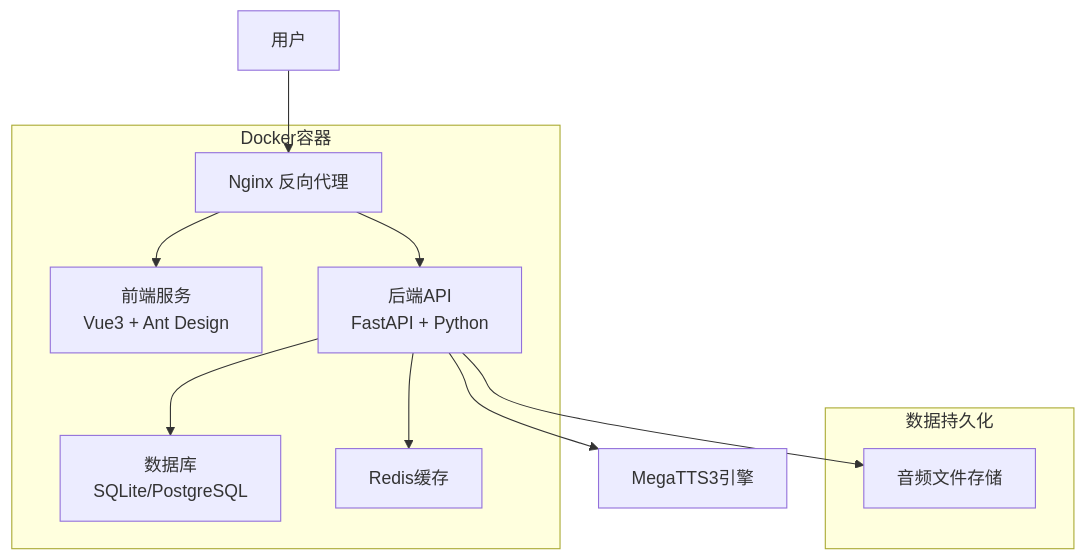
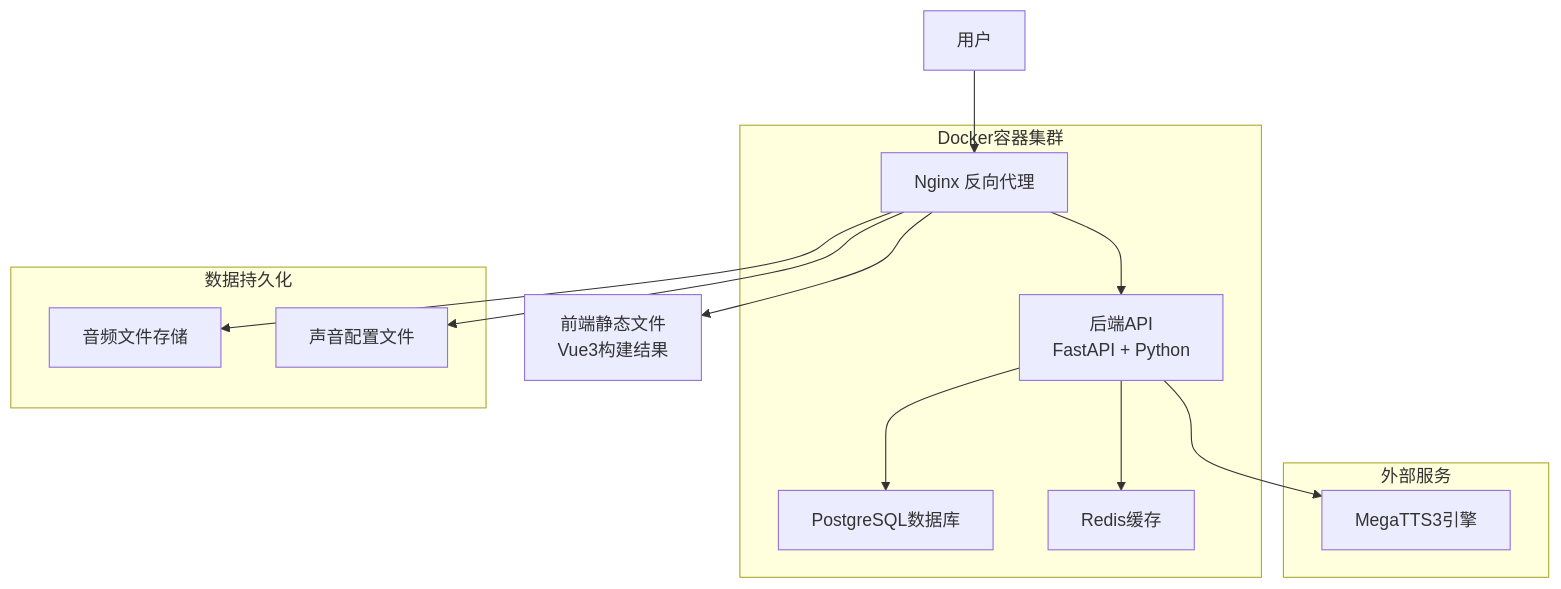
One commit to SunguochaoYeepay/AI-Sound changed the first of 2 diagrams in README.md. Above: the diagram before and after it, drawn with Mermaid. The commit also changed other lines of this file and 38 other files, not shown here.

````diff
--- a/README.md
+++ b/README.md
@@ -376,23 +18,28 @@
 ```mermaid
 graph TB
     User[用户] --> Nginx[Nginx 反向代理]
-    Nginx --> Frontend[前端服务<br/>Vue3 + Ant Design]
+    Nginx --> StaticFiles[前端静态文件<br/>Vue3构建结果]
     Nginx --> Backend[后端API<br/>FastAPI + Python]
-    Backend --> Database[数据库<br/>SQLite/PostgreSQL]
+    Backend --> Database[PostgreSQL数据库]
     Backend --> Redis[Redis缓存]
     Backend --> MegaTTS3[MegaTTS3引擎]
-    Backend --> AudioFiles[音频文件存储]
+    Nginx --> AudioFiles[音频文件存储]
+    Nginx --> VoiceProfiles[声音配置文件]
     
-    subgraph "Docker容器"
-        Frontend
+    subgraph "Docker容器集群"
+        Nginx
         Backend
         Database
         Redis
-        Nginx
+    end
+    
+    subgraph "外部服务"
+        MegaTTS3
     end
     
     subgraph "数据持久化"
         AudioFiles
+        VoiceProfiles
         Database
     end
 ```
````
